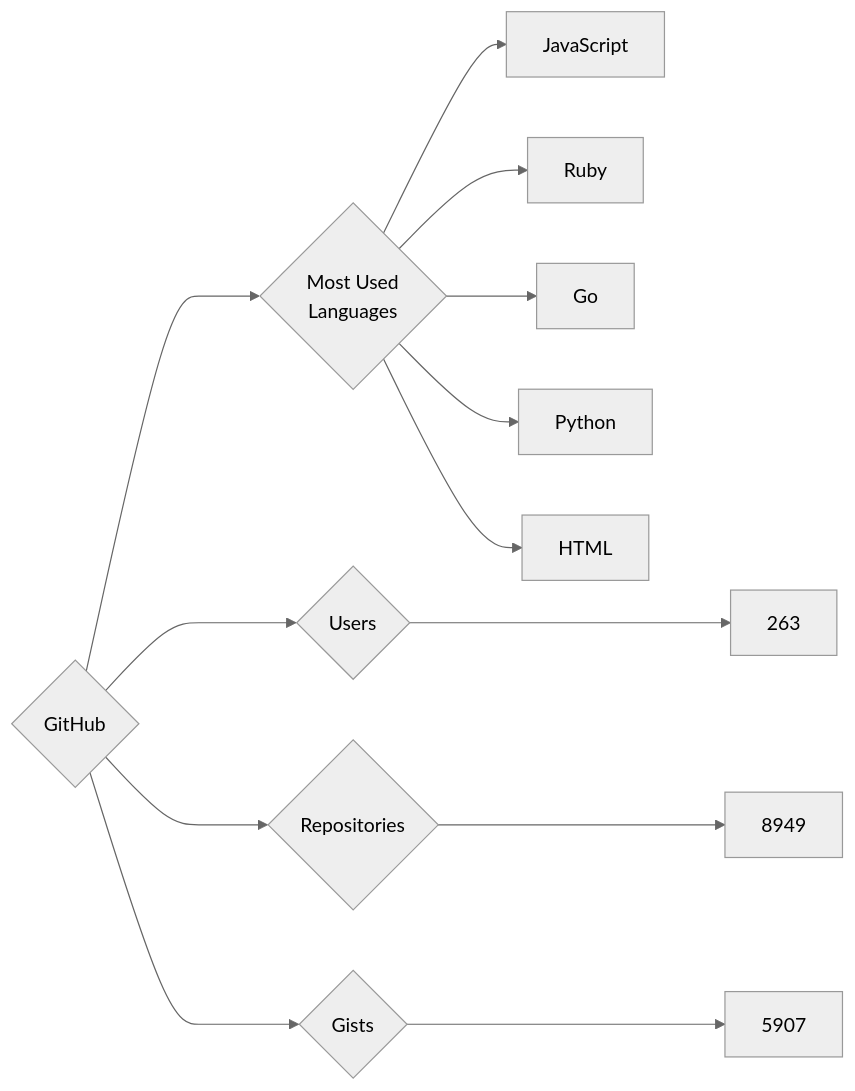
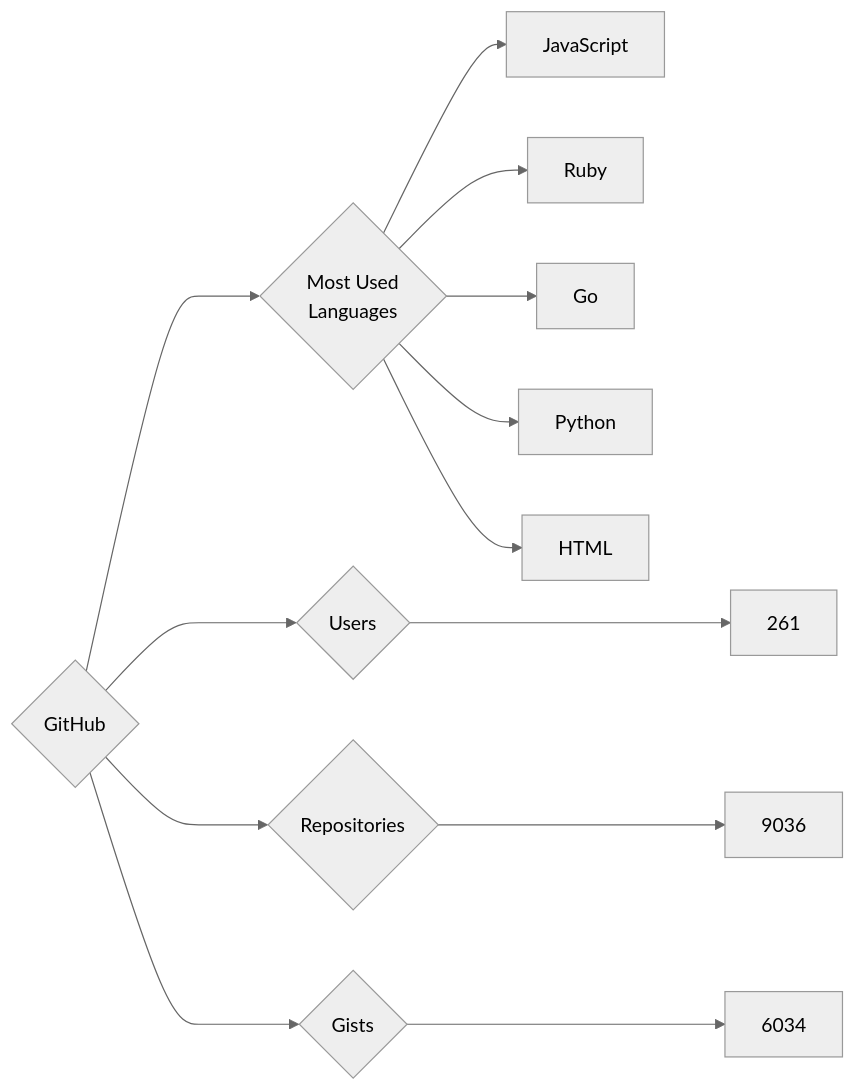
One commit to trickest/insiders changed the diagram in targets/GitHub/README.md. Above: the diagram before and after it, drawn with Mermaid (neutral theme). The commit also changed 693 other files, not shown here.

````diff
--- a/targets/GitHub/README.md
+++ b/targets/GitHub/README.md
@@ -3,13 +3,13 @@
 ```mermaid
 graph LR
 COMPANY_NAME{GitHub}
-COMPANY_NAME ---> U{Users} ---> UN[263]
-COMPANY_NAME ---> R{Repositories} ---> RN[8949]
-COMPANY_NAME ---> G{Gists} ---> GN[5907]
+COMPANY_NAME ---> U{Users} ---> UN[261]
+COMPANY_NAME ---> R{Repositories} ---> RN[9036]
+COMPANY_NAME ---> G{Gists} ---> GN[6034]
 COMPANY_NAME ---> ML{Most Used<br>Languages}
 ML --> JavaScript[JavaScript]
 ML --> Ruby[Ruby]
 ML --> Go[Go]
 ML --> Python[Python]
 ML --> HTML[HTML]
 ```
````
